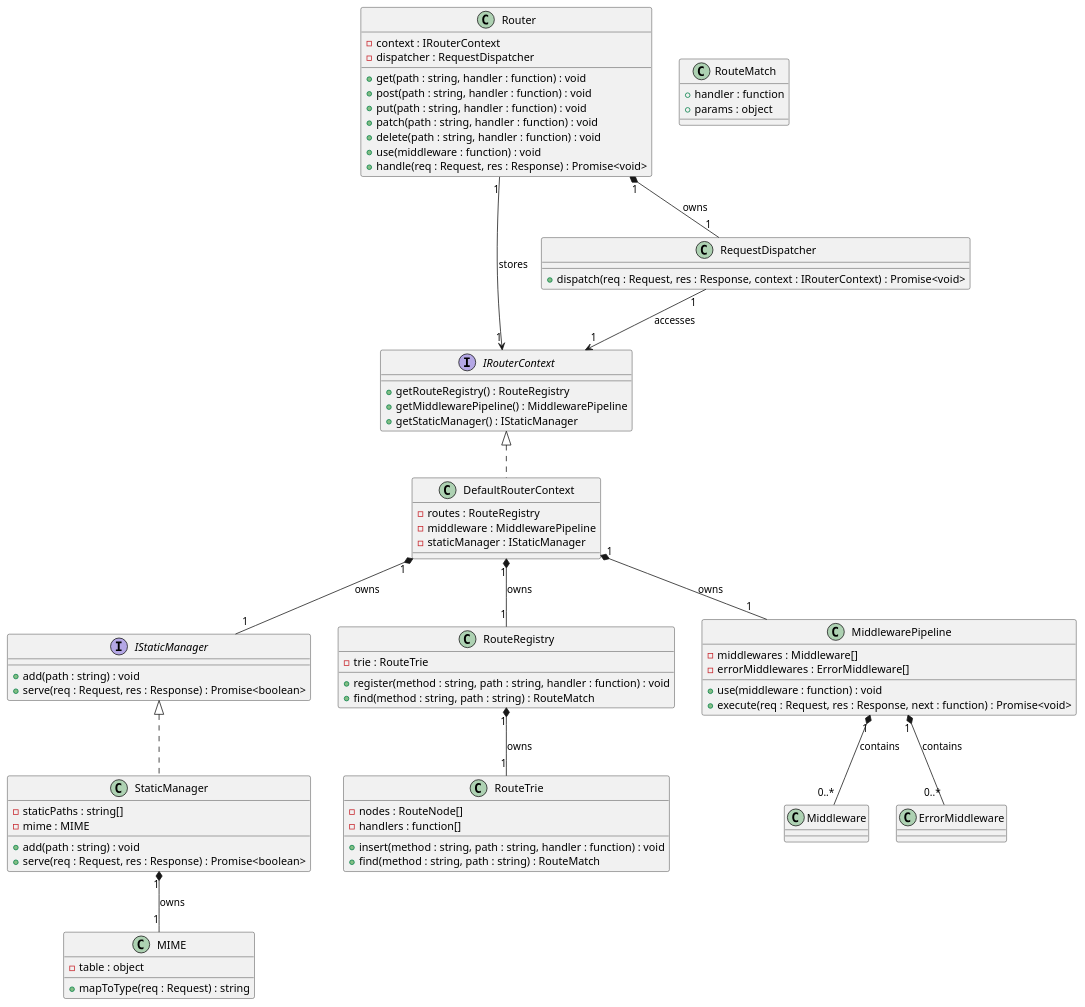
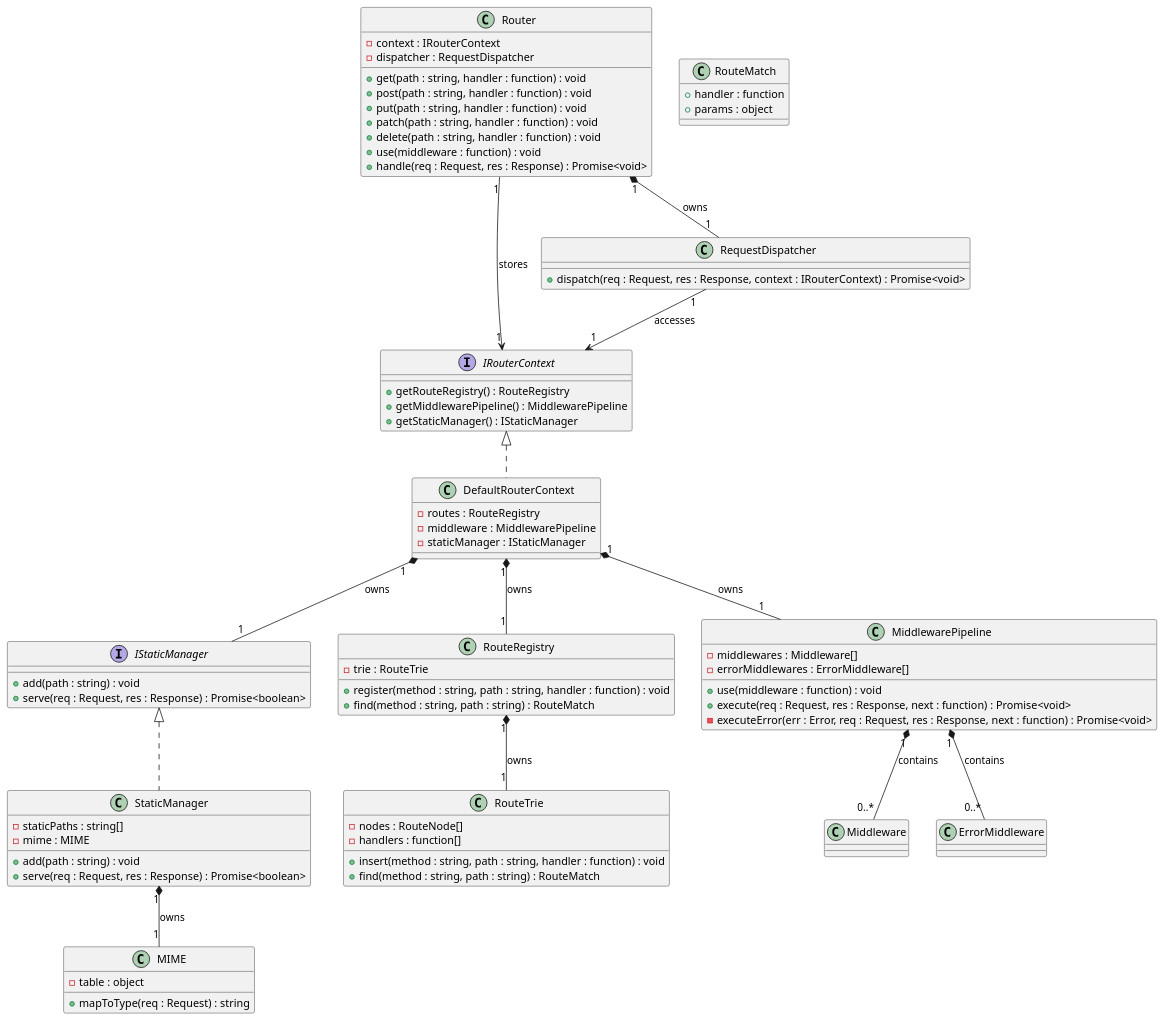
The diagram in docs/class diagrams/diagram.puml (Ali-Wael-Hassan/duck-node-router), drawn with PlantUML before and after one commit. The commit also changed 6 other files, not shown here.

Commit message:
Implemented MiddlewarePipeline. Updated: class diagram to include executeError method

```diff
--- a/docs/class diagrams/diagram.puml
+++ b/docs/class diagrams/diagram.puml
@@ -1,98 +1,99 @@
 @startuml Router
 
 interface IRouterContext {
     {method} + getRouteRegistry() : RouteRegistry
     {method} + getMiddlewarePipeline() : MiddlewarePipeline
     {method} + getStaticManager() : IStaticManager
 }
 
 interface IStaticManager {
     {method} + add(path : string) : void
     {method} + serve(req : Request, res : Response) : Promise<boolean>
 }
 
 class DefaultRouterContext {
     {field} - routes : RouteRegistry
     {field} - middleware : MiddlewarePipeline
     {field} - staticManager : IStaticManager
 }
 
 class Router {
     {field} - context : IRouterContext
     {field} - dispatcher : RequestDispatcher
 
     {method} + get(path : string, handler : function) : void
     {method} + post(path : string, handler : function) : void
     {method} + put(path : string, handler : function) : void
     {method} + patch(path : string, handler : function) : void
     {method} + delete(path : string, handler : function) : void
     {method} + use(middleware : function) : void
     {method} + handle(req : Request, res : Response) : Promise<void>
 }
 
 class RouteRegistry {
     {field} - trie : RouteTrie
 
     {method} + register(method : string, path : string, handler : function) : void
     {method} + find(method : string, path : string) : RouteMatch
 }
 
 class RouteTrie {
     {field} - nodes : RouteNode[]
     {field} - handlers : function[]
 
     {method} + insert(method : string, path : string, handler : function) : void
     {method} + find(method : string, path : string) : RouteMatch
 }
 
 class MiddlewarePipeline {
     {field} - middlewares : Middleware[]
     {field} - errorMiddlewares : ErrorMiddleware[]
 
     {method} + use(middleware : function) : void
     {method} + execute(req : Request, res : Response, next : function) : Promise<void>
+    {method} - executeError(err : Error, req : Request, res : Response, next : function) : Promise<void>
 }
 
 class StaticManager {
     {field} - staticPaths : string[]
     {field} - mime : MIME
 
     {method} + add(path : string) : void
     {method} + serve(req : Request, res : Response) : Promise<boolean>
 }
 
 class RequestDispatcher {
     {method} + dispatch(req : Request, res : Response, context : IRouterContext) : Promise<void>
 }
 
 class MIME {
     {field} - table : object
 
     {method} + mapToType(req : Request) : string
 }
 
 class RouteMatch {
     {field} + handler : function
     {field} + params : object
 }
 
 IRouterContext <|.. DefaultRouterContext
 IStaticManager <|.. StaticManager
 
 Router "1" *-- "1" RequestDispatcher : owns
 Router "1" --> "1" IRouterContext : stores
 
 DefaultRouterContext "1" *-- "1" RouteRegistry : owns
 DefaultRouterContext "1" *-- "1" MiddlewarePipeline : owns
 DefaultRouterContext "1" *-- "1" IStaticManager : owns
 
 RouteRegistry "1" *-- "1" RouteTrie : owns
 
 MiddlewarePipeline "1" *-- "0..*" Middleware : contains
 MiddlewarePipeline "1" *-- "0..*" ErrorMiddleware : contains
 
 StaticManager "1" *-- "1" MIME : owns
 
 RequestDispatcher "1" --> "1" IRouterContext : accesses
 
 @enduml
```
